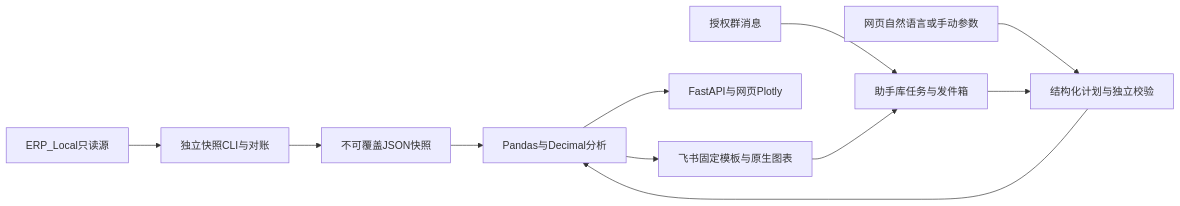
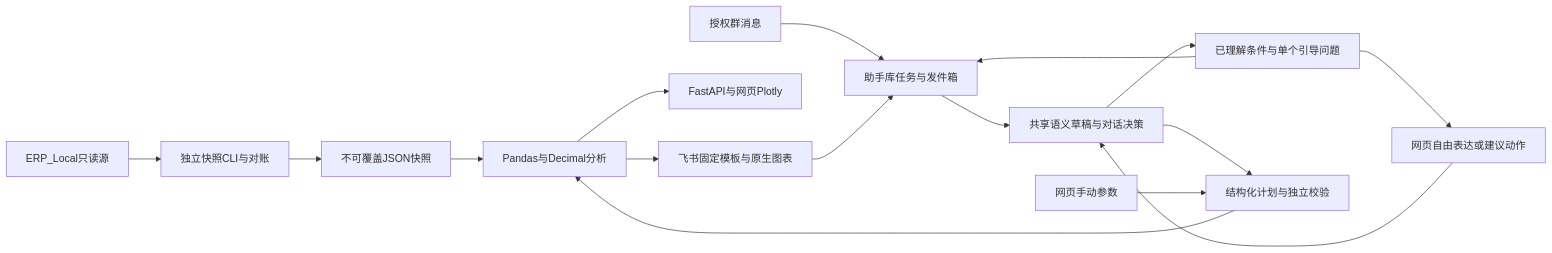
The diagram in docs/erp-ai-assistant-plan.md (lihongfei1219/erp-ai-assistant), drawn with Mermaid before and after one commit. The commit also changed other lines of this file and 87 other files, not shown here.

````diff
--- a/docs/erp-ai-assistant-plan.md
+++ b/docs/erp-ai-assistant-plan.md
@@ -9,13 +9,18 @@
 ```mermaid
 flowchart LR
     ERP[ERP_Local只读源] --> CLI[独立快照CLI与对账]
     CLI --> Snapshot[不可覆盖JSON快照]
-    Web[网页自然语言或手动参数] --> Plan[结构化计划与独立校验]
+    Web[网页自由表达或建议动作] --> Dialogue[共享语义草稿与对话决策]
     Feishu[授权群消息] --> Jobs[助手库任务与发件箱]
-    Jobs --> Plan
+    Jobs --> Dialogue
+    Dialogue --> Guide[已理解条件与单个引导问题]
+    Guide --> Web
+    Guide --> Jobs
+    Dialogue --> Plan[结构化计划与独立校验]
+    Manual[网页手动参数] --> Plan
     Plan --> Compute[Pandas与Decimal分析]
     Snapshot --> Compute
     Compute --> API[FastAPI与网页Plotly]
     Compute --> Cards[飞书固定模板与原生图表]
     Cards --> Jobs
 ```
````
